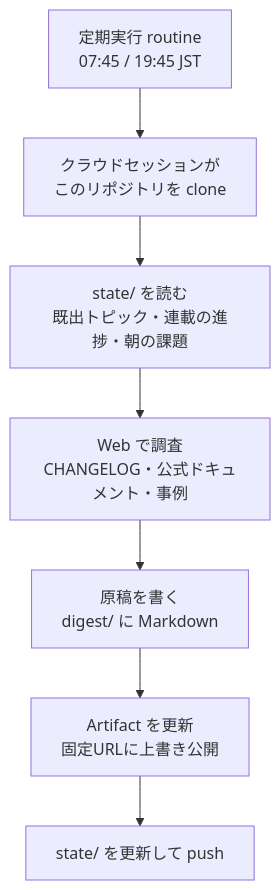
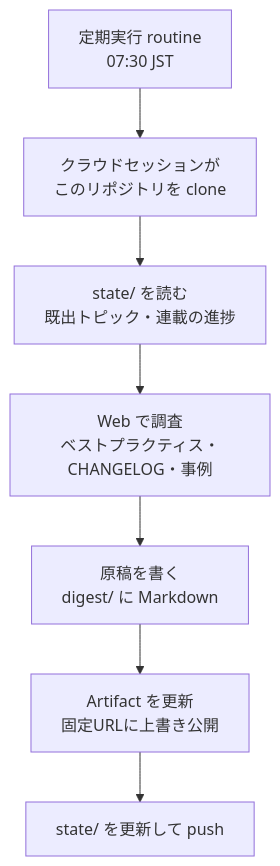
One commit to y-horie517/claude-news changed the diagram in README.md. Above: the diagram before and after it, drawn with Mermaid. The commit also changed other lines of this file and 13 other files, not shown here.

````diff
--- a/README.md
+++ b/README.md
@@ -20,9 +32,9 @@
 ```mermaid
 flowchart TD
-  T["定期実行 routine<br/>07:45 / 19:45 JST"] --> C["クラウドセッションが<br/>このリポジトリを clone"]
-  C --> R["state/ を読む<br/>既出トピック・連載の進捗・朝の課題"]
-  R --> W["Web で調査<br/>CHANGELOG・公式ドキュメント・事例"]
+  T["定期実行 routine<br/>07:30 JST"] --> C["クラウドセッションが<br/>このリポジトリを clone"]
+  C --> R["state/ を読む<br/>既出トピック・連載の進捗"]
+  R --> W["Web で調査<br/>ベストプラクティス・CHANGELOG・事例"]
   W --> M["原稿を書く<br/>digest/ に Markdown"]
   M --> A["Artifact を更新<br/>固定URLに上書き公開"]
   A --> S["state/ を更新して push"]
 ```
````
